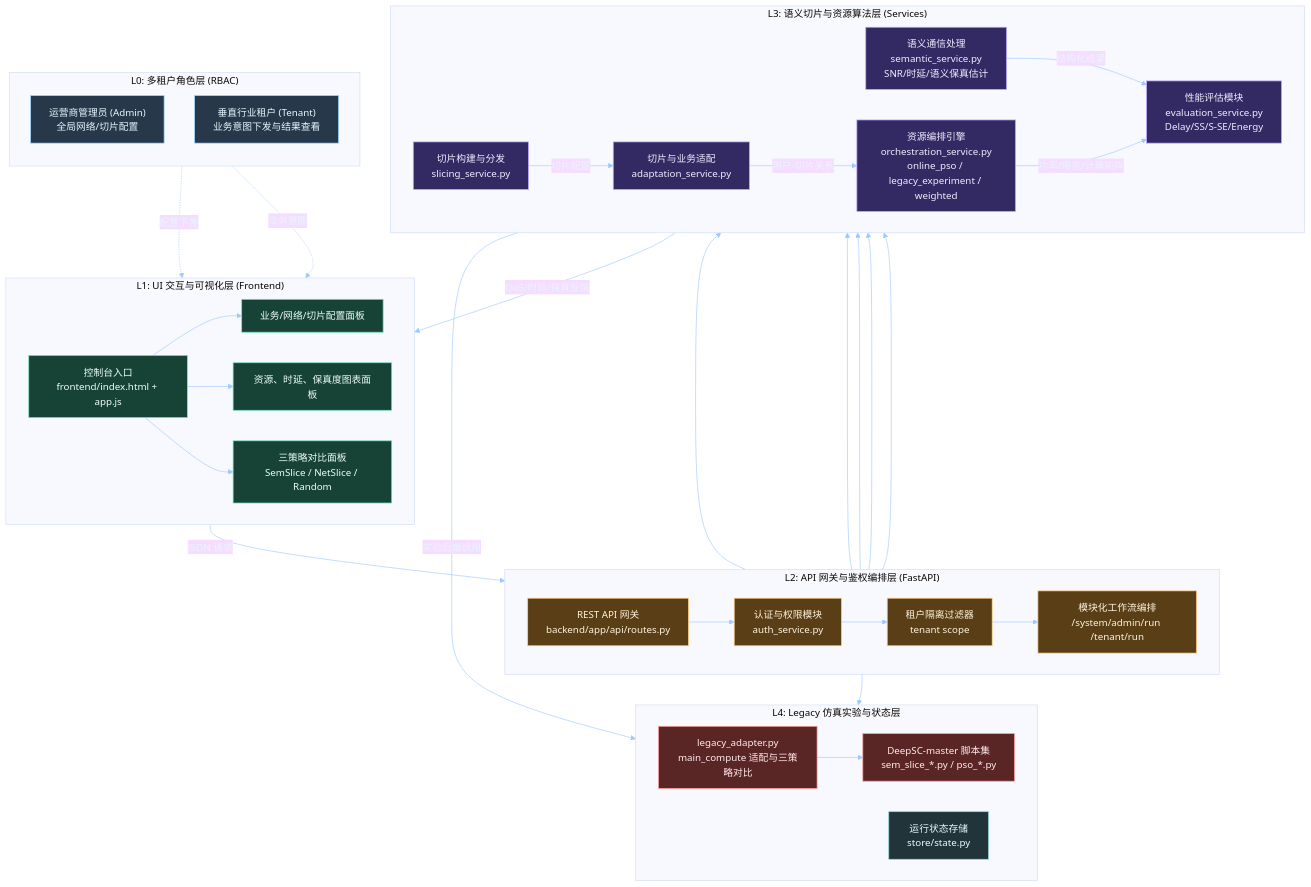
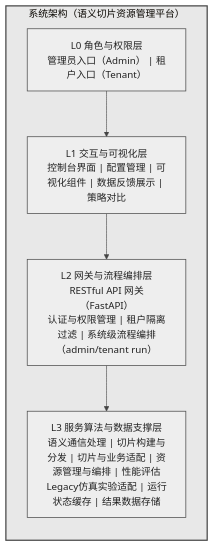
One commit to krismil/graduation changed the diagram in semSlice-master/docs/diagrams/system_architecture.mmd. Above: the diagram before and after it, drawn with Mermaid. The commit also changed 2026 other files, not shown here.

```diff
--- a/semSlice-master/docs/diagrams/system_architecture.mmd
+++ b/semSlice-master/docs/diagrams/system_architecture.mmd
@@ -1,90 +1,26 @@
 %%{init: {
   "theme": "base",
   "themeVariables": {
-    "background": "#071622",
-    "primaryTextColor": "#eaf4ff",
-    "lineColor": "#9cc8ff",
+    "background": "#ffffff",
+    "primaryTextColor": "#222222",
+    "lineColor": "#444444",
     "fontFamily": "Microsoft YaHei, Segoe UI, sans-serif"
   }
 }}%%
 
 flowchart TB
-    subgraph L0["L0: 多租户角色层 (RBAC)"]
+    subgraph SYS["系统架构（语义切片资源管理平台）"]
         direction TB
-        ADMIN["运营商管理员 (Admin)<br/>全局网络/切片配置"]
-        TENANT["垂直行业租户 (Tenant)<br/>业务意图下发与结果查看"]
+        B1["L0 角色与权限层<br/>管理员入口（Admin） | 租户入口（Tenant）"]
+        B2["L1 交互与可视化层<br/>控制台界面 | 配置管理 | 可视化组件 | 数据反馈展示 | 策略对比"]
+        B3["L2 网关与流程编排层<br/>RESTful API 网关（FastAPI）<br/>认证与权限管理 | 租户隔离过滤 | 系统级流程编排（admin/tenant run）"]
+        B4["L3 服务算法与数据支撑层<br/>语义通信处理 | 切片构建与分发 | 切片与业务适配 | 资源管理与编排 | 性能评估<br/>Legacy仿真实验适配 | 运行状态缓存 | 结果数据存储"]
     end
 
-    subgraph L1["L1: UI 交互与可视化层 (Frontend)"]
-        direction LR
-        UI["控制台入口<br/>frontend/index.html + app.js"]
-        PANEL_CFG["业务/网络/切片配置面板"]
-        PANEL_VIEW["资源、时延、保真度图表面板"]
-        PANEL_CMP["三策略对比面板<br/>SemSlice / NetSlice / Random"]
-    end
+    B1 --> B2
+    B2 --> B3
+    B3 --> B4
 
-    subgraph L2["L2: API 网关与鉴权编排层 (FastAPI)"]
-        direction LR
-        ROUTES["REST API 网关<br/>backend/app/api/routes.py"]
-        AUTH["认证与权限模块<br/>auth_service.py"]
-        FILTER["租户隔离过滤器<br/>tenant scope"]
-        WORKFLOW["模块化工作流编排<br/>/system/admin/run /tenant/run"]
-    end
-
-    subgraph L3["L3: 语义切片与资源算法层 (Services)"]
-        direction LR
-        SEM["语义通信处理<br/>semantic_service.py<br/>SNR/时延/语义保真估计"]
-        SLC["切片构建与分发<br/>slicing_service.py"]
-        ADP["切片与业务适配<br/>adaptation_service.py"]
-        ORC["资源编排引擎<br/>orchestration_service.py<br/>online_pso / legacy_experiment / weighted"]
-        EVA["性能评估模块<br/>evaluation_service.py<br/>Delay/SS/S-SE/Energy"]
-    end
-
-    subgraph L4["L4: Legacy 仿真实验与状态层"]
-        direction LR
-        LEGACY["legacy_adapter.py<br/>main_compute 适配与三策略对比"]
-        DEEPSC["DeepSC-master 脚本集<br/>sem_slice_*.py / pso_*.py"]
-        STATE["运行状态存储<br/>store/state.py"]
-    end
-
-    ADMIN -.配置下发.-> UI
-    TENANT -.业务意图.-> UI
-
-    UI --> PANEL_CFG
-    UI --> PANEL_VIEW
-    UI --> PANEL_CMP
-    UI -->|JSON 请求| ROUTES
-
-    ROUTES --> AUTH
-    AUTH --> FILTER
-    FILTER --> WORKFLOW
-
-    WORKFLOW --> SEM
-    WORKFLOW --> SLC
-    WORKFLOW --> ADP
-    WORKFLOW --> ORC
-    WORKFLOW --> EVA
-
-    ORC -->|实验后端调用| LEGACY
-    LEGACY --> DEEPSC
-    WORKFLOW --> STATE
-
-    SEM -->|结构化结果| EVA
-    SLC -->|切片配置| ADP
-    ADP -->|用户-切片关系| ORC
-    ORC -->|功率/带宽/计算矩阵| EVA
-    EVA -->|QoS/时延/保真反馈| UI
-
-    classDef role fill:#26384a,stroke:#9cd6ff,color:#eaf6ff,stroke-width:1.2px;
-    classDef ui fill:#174336,stroke:#7de3bf,color:#edfff8,stroke-width:1.2px;
-    classDef api fill:#5a3e16,stroke:#ffcf85,color:#fff4df,stroke-width:1.2px;
-    classDef svc fill:#342a63,stroke:#bfa8ff,color:#f2ecff,stroke-width:1.2px;
-    classDef legacy fill:#5a2525,stroke:#ff9f9f,color:#ffecec,stroke-width:1.2px;
-    classDef state fill:#20343a,stroke:#8fd3e0,color:#eafcff,stroke-width:1.2px;
-
-    class ADMIN,TENANT role;
-    class UI,PANEL_CFG,PANEL_VIEW,PANEL_CMP ui;
-    class ROUTES,AUTH,FILTER,WORKFLOW api;
-    class SEM,SLC,ADP,ORC,EVA svc;
-    class LEGACY,DEEPSC legacy;
-    class STATE state;
+    style SYS fill:#e8e8e8,stroke:#444444,stroke-width:2px
+    classDef box fill:#eeeeee,stroke:#4a4a4a,color:#222222,stroke-width:1.2px;
+    class B1,B2,B3,B4 box;
```
